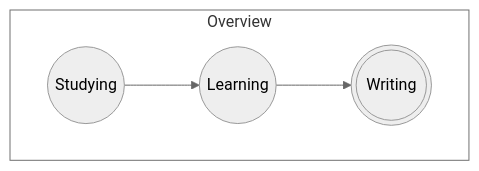
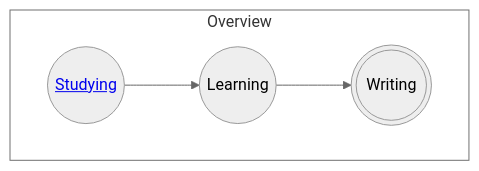
Before and after one commit to aurelius-shu/lmsl: the first of 2 diagrams in README.md, drawn with Mermaid (neutral theme).

````diff
--- a/README.md
+++ b/README.md
@@ -1,8 +1,8 @@
 ```mermaid
 flowchart TB
   subgraph overview [Overview]
     direction LR
-    studying((Studying)) --> learning((Learning)) --> writing(((Writing)))
+    studying((<a href='./studying/readme.md'>Studying</a>)) --> learning((Learning)) --> writing(((Writing)))
   end
   style overview fill:#fff
 ```
````
